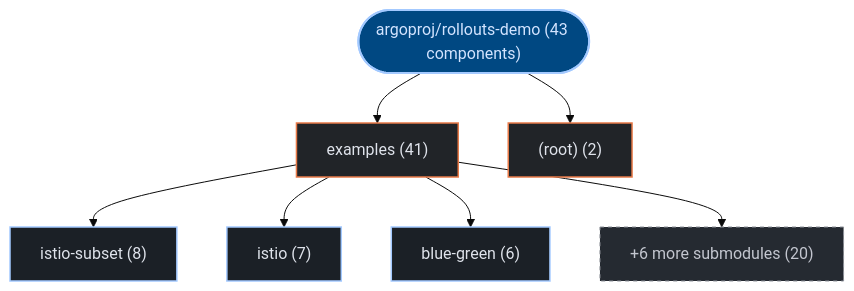
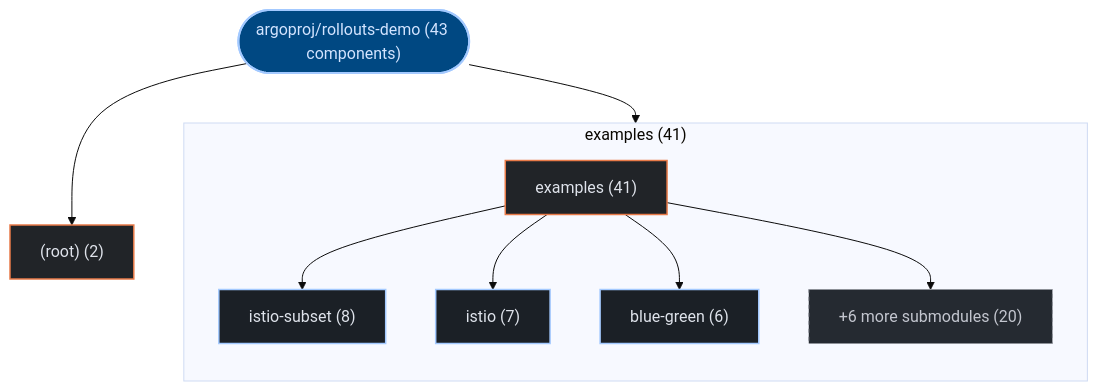
One commit to kumarshaz/atruss-code-atlas changed the first of 3 diagrams in exports/latest/reports/argoproj-rollouts-demo-report.md. Above: the diagram before and after it, drawn with Mermaid (base theme). The commit also changed 178 other files, not shown here.

Commit message:
feat(ui,mermaid): upgrade to mermaid v12 + ELK layout, add orgs-summary + pagination, subgraph building blocks, fix tab alignment

````diff
--- a/exports/latest/reports/argoproj-rollouts-demo-report.md
+++ b/exports/latest/reports/argoproj-rollouts-demo-report.md
@@ -41,23 +41,26 @@
 ```mermaid
 graph TD;
   classDef atlasRoot fill:#004882,stroke:#a3c9ff,stroke-width:2px,color:#d3e4ff
   classDef atlasCategory fill:#212428,stroke:#E87A48,stroke-width:1.5px,color:#dfe3eb
   classDef atlasWorkflow fill:#1b2026,stroke:#a3c9ff,stroke-width:1.5px,color:#dfe3eb
   classDef atlasJob fill:#171c22,stroke:#8d9199,stroke-width:1px,color:#dfe3eb
   classDef atlasTarget fill:#005227,stroke:#8bd99b,stroke-width:1.5px,color:#a7f6b6
   classDef atlasAlert fill:#93000a,stroke:#ffb4ab,stroke-width:1.5px,color:#ffdad6
   classDef atlasMore fill:#252a31,stroke:#8d9199,stroke-dasharray:4 4,color:#c3c6cf
     repo_root(["argoproj/rollouts-demo (43 components)"]):::atlasRoot
-    dir_0_examples["examples (41)"]:::atlasCategory
+    subgraph sg_dir_0_examples["examples (41)"]
+      direction TB
+      dir_0_examples["examples (41)"]:::atlasCategory
+      sub_0_0_istio_subset["istio-subset (8)"]:::atlasWorkflow
+      dir_0_examples --> sub_0_0_istio_subset
+      sub_0_1_istio["istio (7)"]:::atlasWorkflow
+      dir_0_examples --> sub_0_1_istio
+      sub_0_2_blue_green["blue-green (6)"]:::atlasWorkflow
+      dir_0_examples --> sub_0_2_blue_green
+      sub_0_more["+6 more submodules (20)"]:::atlasMore
+      dir_0_examples --> sub_0_more
+    end
     repo_root --> dir_0_examples
-    sub_0_0_istio_subset["istio-subset (8)"]:::atlasWorkflow
-    dir_0_examples --> sub_0_0_istio_subset
-    sub_0_1_istio["istio (7)"]:::atlasWorkflow
-    dir_0_examples --> sub_0_1_istio
-    sub_0_2_blue_green["blue-green (6)"]:::atlasWorkflow
-    dir_0_examples --> sub_0_2_blue_green
-    sub_0_more["+6 more submodules (20)"]:::atlasMore
-    dir_0_examples --> sub_0_more
     dir_1__root_["(root) (2)"]:::atlasCategory
     repo_root --> dir_1__root_
 ```
````
